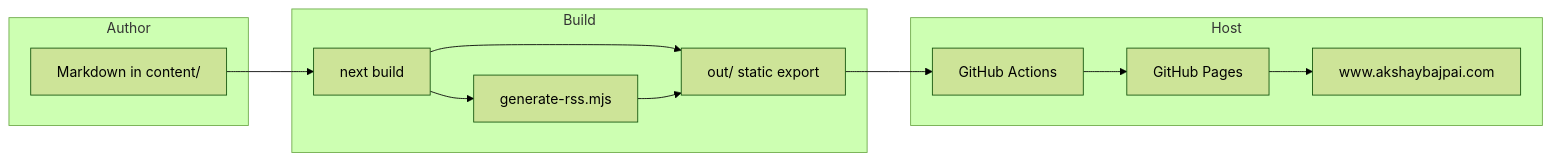
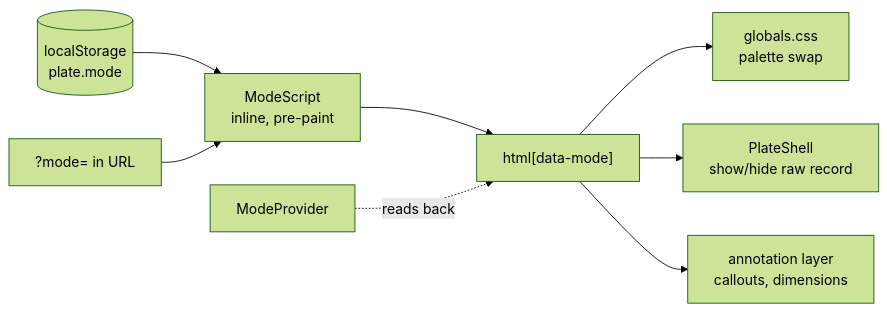
Before and after one commit to ax5hay/akshaybajpai.com: the first of 5 diagrams in README.md, drawn with Mermaid (forest theme). The commit also changed other lines of this file, not shown here.

First line of the commit message:
Rewrite README for the drawing-set architecture

````diff
--- a/README.md
+++ b/README.md
@@ -38,22 +76,10 @@
 ```mermaid
 flowchart LR
-  subgraph Author
-    MD["Markdown in content/"]
-  end
-
-  subgraph Build
-    NEXT["next build"]
-    RSS["generate-rss.mjs"]
-    OUT["out/ static export"]
-  end
-
-  subgraph Host
-    GHA["GitHub Actions"]
-    PAGES["GitHub Pages"]
-    CDN["www.akshaybajpai.com"]
-  end
-
-  MD --> NEXT --> OUT
-  NEXT --> RSS --> OUT
-  OUT --> GHA --> PAGES --> CDN
+  SCRIPT["ModeScript<br/>inline, pre-paint"] --> HTML["html[data-mode]"]
+  STORE[("localStorage<br/>plate.mode")] --> SCRIPT
+  QUERY["?mode= in URL"] --> SCRIPT
+  HTML --> CSS["globals.css<br/>palette swap"]
+  HTML --> SHOW["PlateShell<br/>show/hide raw record"]
+  HTML --> PEN["annotation layer<br/>callouts, dimensions"]
+  PROVIDER["ModeProvider"] -.reads back.-> HTML
 ```
````
